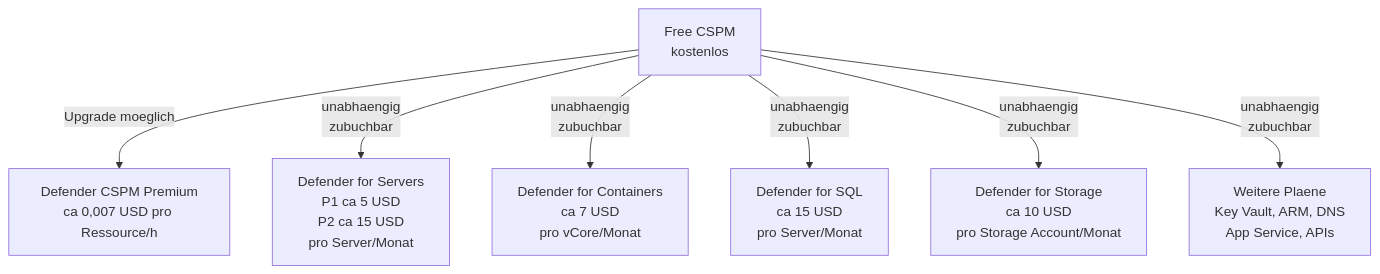
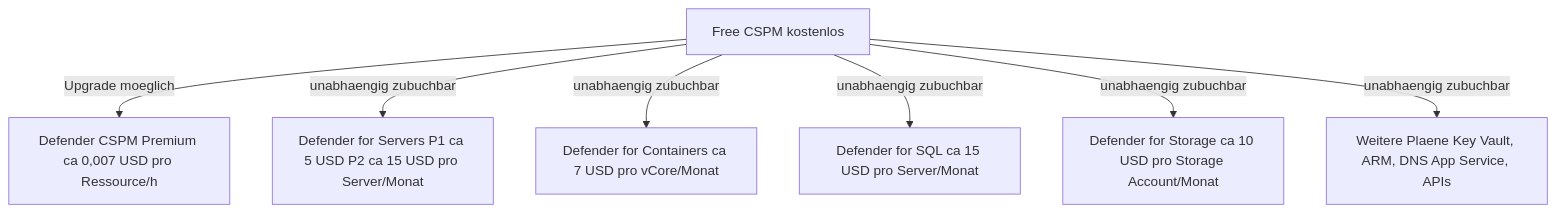
Before and after one commit to SoniiiT/notes-n-docs: the sixth of 6 diagrams in Microsoft 365/Azure/Sicherheit/Microsoft Defender for Cloud.md, drawn with Mermaid. The commit also changed other lines of this file and 124 other files, not shown here.

First line of the commit message:
fix: Entferne \n aus allen Mermaid-Diagrammen (125 Dateien)

````diff
--- a/Microsoft 365/Azure/Sicherheit/Microsoft Defender for Cloud.md
+++ b/Microsoft 365/Azure/Sicherheit/Microsoft Defender for Cloud.md
@@ -495,17 +495,17 @@
 ```mermaid
 graph TD
-    FREE["Free CSPM\nkostenlos"]
-    PCSPM["Defender CSPM Premium\nca 0,007 USD pro Ressource/h"]
-    SRV["Defender for Servers\nP1 ca 5 USD\nP2 ca 15 USD\npro Server/Monat"]
-    CNT["Defender for Containers\nca 7 USD\npro vCore/Monat"]
-    SQL["Defender for SQL\nca 15 USD\npro Server/Monat"]
-    ST["Defender for Storage\nca 10 USD\npro Storage Account/Monat"]
-    OTHER["Weitere Plaene\nKey Vault, ARM, DNS\nApp Service, APIs"]
+    FREE["Free CSPM kostenlos"]
+    PCSPM["Defender CSPM Premium ca 0,007 USD pro Ressource/h"]
+    SRV["Defender for Servers P1 ca 5 USD P2 ca 15 USD pro Server/Monat"]
+    CNT["Defender for Containers ca 7 USD pro vCore/Monat"]
+    SQL["Defender for SQL ca 15 USD pro Server/Monat"]
+    ST["Defender for Storage ca 10 USD pro Storage Account/Monat"]
+    OTHER["Weitere Plaene Key Vault, ARM, DNS App Service, APIs"]
 
     FREE -->|"Upgrade moeglich"| PCSPM
-    FREE -->|"unabhaengig\nzubuchbar"| SRV
-    FREE -->|"unabhaengig\nzubuchbar"| CNT
-    FREE -->|"unabhaengig\nzubuchbar"| SQL
-    FREE -->|"unabhaengig\nzubuchbar"| ST
-    FREE -->|"unabhaengig\nzubuchbar"| OTHER
+    FREE -->|"unabhaengig zubuchbar"| SRV
+    FREE -->|"unabhaengig zubuchbar"| CNT
+    FREE -->|"unabhaengig zubuchbar"| SQL
+    FREE -->|"unabhaengig zubuchbar"| ST
+    FREE -->|"unabhaengig zubuchbar"| OTHER
 ```
````
